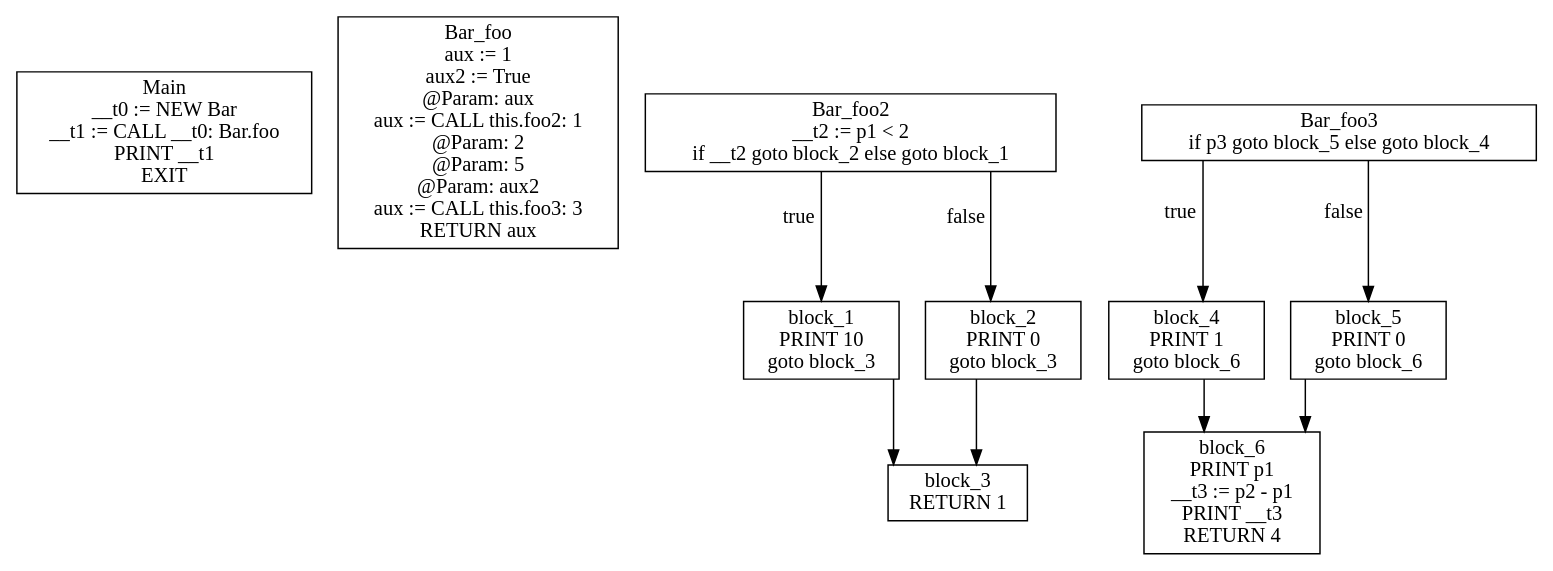
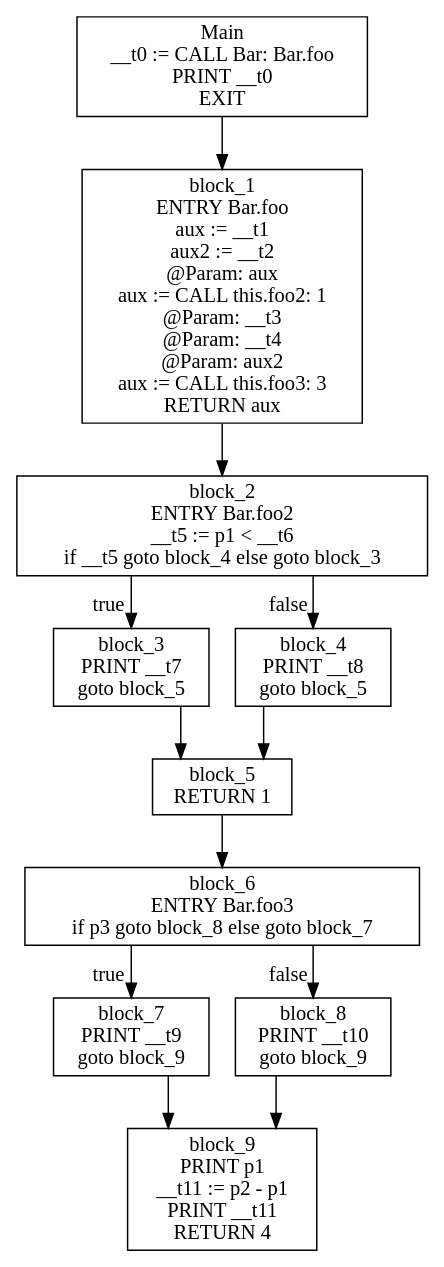
Before and after one commit to AIlhomov/Flex: the diagram in assignment_1/getting_started/cfg.dot, drawn with Graphviz. The commit also changed 8 other files, not shown here.

```diff
--- a/assignment_1/getting_started/cfg.dot
+++ b/assignment_1/getting_started/cfg.dot
@@ -1,22 +1,25 @@
 digraph CFG {
 graph [splines=ortho];
 node [shape=box];
-Main [label="Main\n__t0 := NEW Bar\n__t1 := CALL __t0: Bar.foo\nPRINT __t1\nEXIT\n"];
-Bar_foo [label="Bar_foo\naux := 1\naux2 := True\n @Param: aux\naux := CALL this.foo2: 1\n @Param: 2\n @Param: 5\n @Param: aux2\naux := CALL this.foo3: 3\nRETURN aux\n"];
-Bar_foo2 -> block_1 [xlabel="true"];
-Bar_foo2 -> block_2 [xlabel="false"];
-Bar_foo2 [label="Bar_foo2\n__t2 := p1 < 2\nif __t2 goto block_2 else goto block_1\n"];
-block_1 -> block_3;
-block_1 [label="block_1\nPRINT 10\ngoto block_3\n"];
-block_2 -> block_3;
-block_2 [label="block_2\nPRINT 0\ngoto block_3\n"];
-block_3 [label="block_3\nRETURN 1\n"];
-Bar_foo3 -> block_4 [xlabel="true"];
-Bar_foo3 -> block_5 [xlabel="false"];
-Bar_foo3 [label="Bar_foo3\nif p3 goto block_5 else goto block_4\n"];
-block_4 -> block_6;
-block_4 [label="block_4\nPRINT 1\ngoto block_6\n"];
+Main -> block_1;
+Main [label="Main\n__t0 := CALL Bar: Bar.foo\nPRINT __t0\nEXIT\n"];
+block_1 -> block_2;
+block_1 [label="block_1\nENTRY Bar.foo\naux := __t1\naux2 := __t2\n @Param: aux\naux := CALL this.foo2: 1\n @Param: __t3\n @Param: __t4\n @Param: aux2\naux := CALL this.foo3: 3\nRETURN aux\n"];
+block_2 -> block_3 [xlabel="true"];
+block_2 -> block_4 [xlabel="false"];
+block_2 [label="block_2\nENTRY Bar.foo2\n__t5 := p1 < __t6\nif __t5 goto block_4 else goto block_3\n"];
+block_3 -> block_5;
+block_3 [label="block_3\nPRINT __t7\ngoto block_5\n"];
+block_4 -> block_5;
+block_4 [label="block_4\nPRINT __t8\ngoto block_5\n"];
 block_5 -> block_6;
-block_5 [label="block_5\nPRINT 0\ngoto block_6\n"];
-block_6 [label="block_6\nPRINT p1\n__t3 := p2 - p1\nPRINT __t3\nRETURN 4\n"];
+block_5 [label="block_5\nRETURN 1\n"];
+block_6 -> block_7 [xlabel="true"];
+block_6 -> block_8 [xlabel="false"];
+block_6 [label="block_6\nENTRY Bar.foo3\nif p3 goto block_8 else goto block_7\n"];
+block_7 -> block_9;
+block_7 [label="block_7\nPRINT __t9\ngoto block_9\n"];
+block_8 -> block_9;
+block_8 [label="block_8\nPRINT __t10\ngoto block_9\n"];
+block_9 [label="block_9\nPRINT p1\n__t11 := p2 - p1\nPRINT __t11\nRETURN 4\n"];
 }
```
